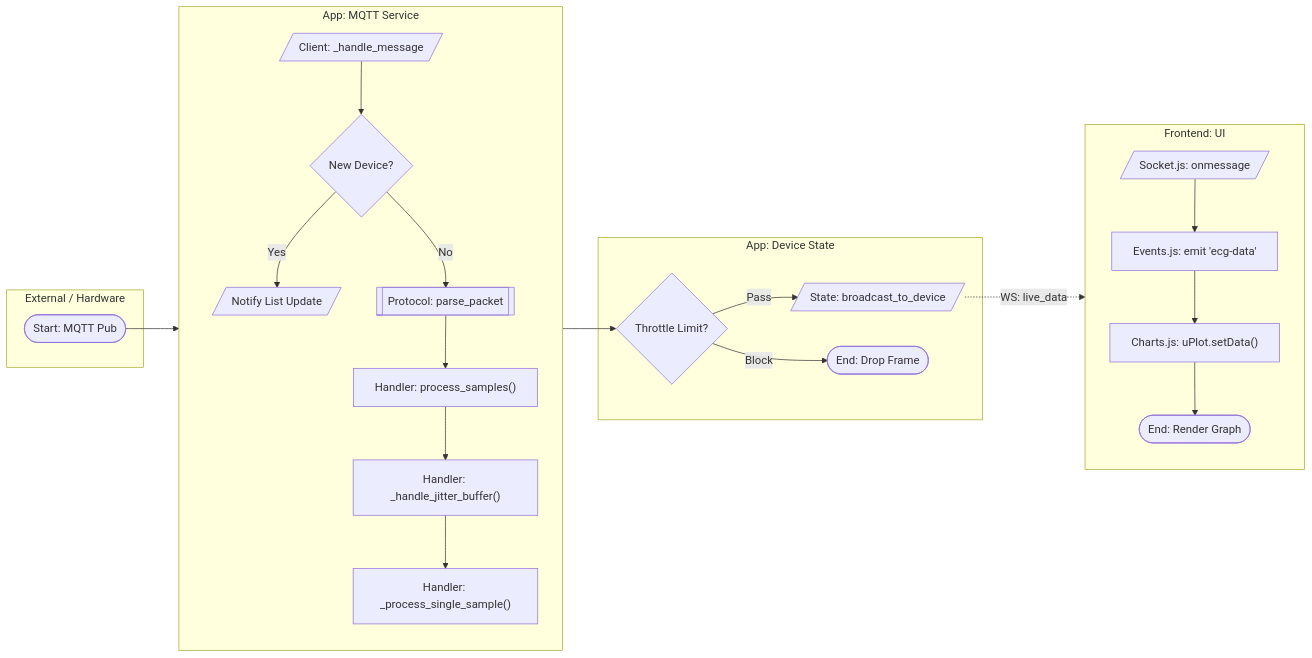
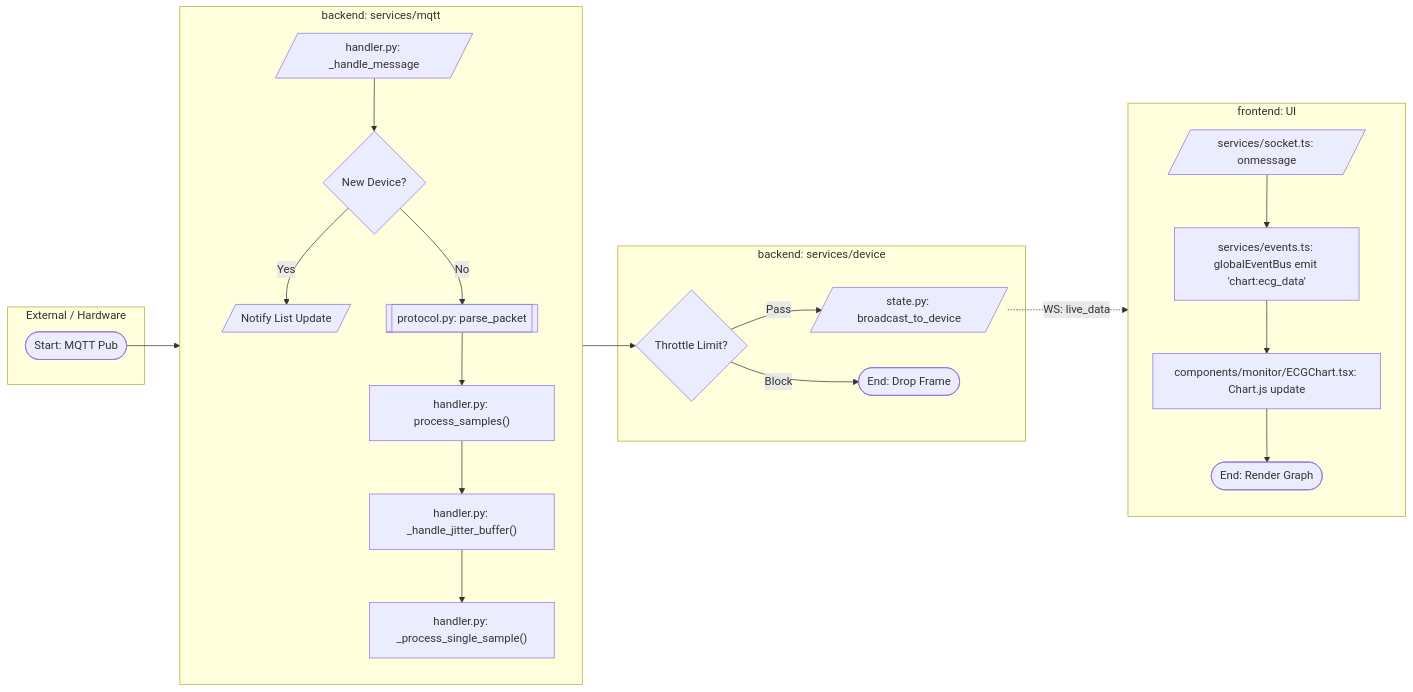
The first of 11 diagrams in SYSTEM_FLOWS.md (affanrk/ecg-puskesmas), drawn with Mermaid before and after one commit. The commit also changed other lines of this file and 176 other files, not shown here.

Commit message:
BE_FE: Separate Frontend & Backend, Framework FE -> Next.JS (UI), Backend-> FastAPI (Service for API & Websocket)

````diff
--- a/SYSTEM_FLOWS.md
+++ b/SYSTEM_FLOWS.md
@@ -18,41 +18,41 @@
 ```mermaid
 flowchart LR
     %% SWIMLANE: HARDWARE
     subgraph External [External / Hardware]
         StartStream([Start: MQTT Pub])
     end
 
     %% SWIMLANE: BACKEND SERVICE
-    subgraph Backend_Service [App: MQTT Service]
+    subgraph Backend_Service [backend: services/mqtt]
         direction TB
-        RecvMsg[/Client: _handle_message/]
-        Parse[[Protocol: parse_packet]]
+        RecvMsg[/handler.py: _handle_message/]
+        Parse[[protocol.py: parse_packet]]
         CheckNew{New Device?}
         
         RecvMsg --> CheckNew
         CheckNew -- Yes --> NotifyList[/Notify List Update/]
         CheckNew -- No --> Parse
         
-        Parse --> Process["Handler: process_samples()"]
-        Process --> Jitter["Handler: _handle_jitter_buffer()"]
-        Jitter --> LiveCalc["Handler: _process_single_sample()"]
+        Parse --> Process["handler.py: process_samples()"]
+        Process --> Jitter["handler.py: _handle_jitter_buffer()"]
+        Jitter --> LiveCalc["handler.py: _process_single_sample()"]
     end
 
     %% SWIMLANE: BACKEND STATE
-    subgraph Backend_State [App: Device State]
+    subgraph Backend_State [backend: services/device]
         LiveCalc --> Thrott{Throttle Limit?}
-        Thrott -- Pass --> BroadWS[/State: broadcast_to_device/]
+        Thrott -- Pass --> BroadWS[/state.py: broadcast_to_device/]
         Thrott -- Block --> Drop([End: Drop Frame])
     end
 
     %% SWIMLANE: FRONTEND
-    subgraph Frontend [Frontend: UI]
+    subgraph Frontend [frontend: UI]
         direction TB
-        BroadWS -.->|WS: live_data| SocketRx[/Socket.js: onmessage/]
-        SocketRx --> EvBus[Events.js: emit 'ecg-data']
-        EvBus --> Chart["Charts.js: uPlot.setData()"]
+        BroadWS -.->|WS: live_data| SocketRx[/services/socket.ts: onmessage/]
+        SocketRx --> EvBus[services/events.ts: globalEventBus emit 'chart:ecg_data']
+        EvBus --> Chart["components/monitor/ECGChart.tsx: Chart.js update"]
         Chart --> Render([End: Render Graph])
     end
 
     StartStream --> RecvMsg
 ```
````
